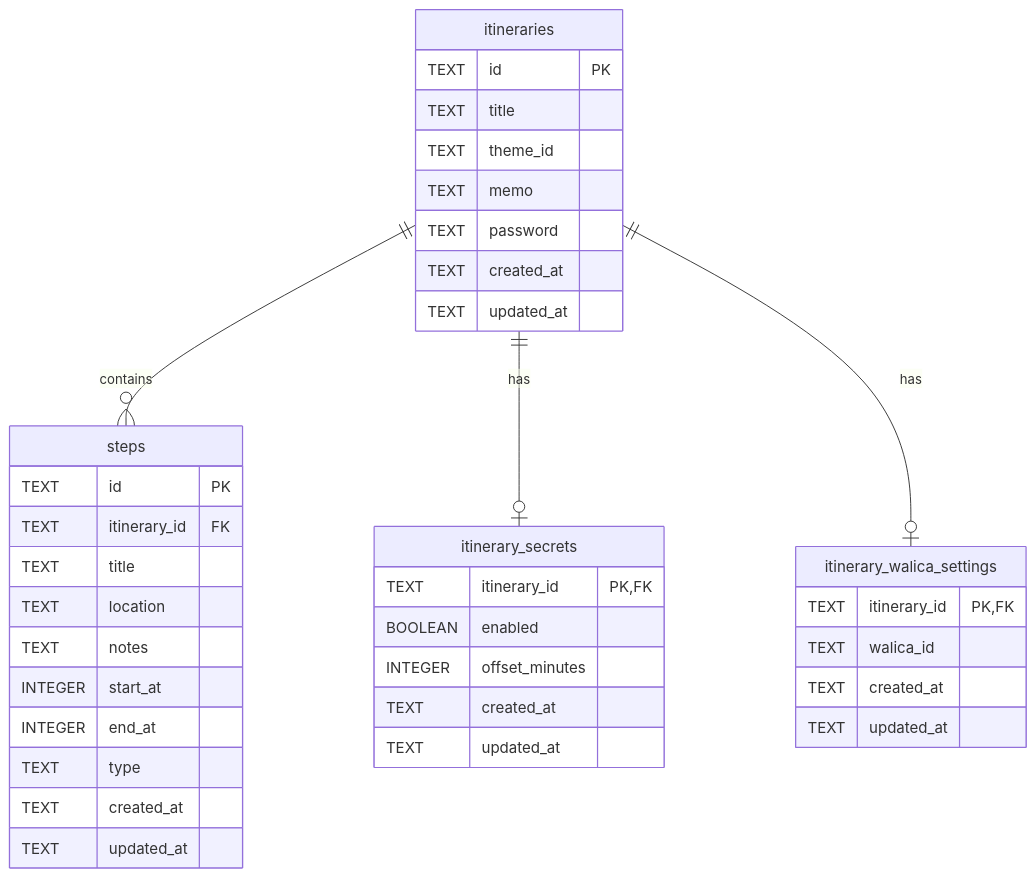
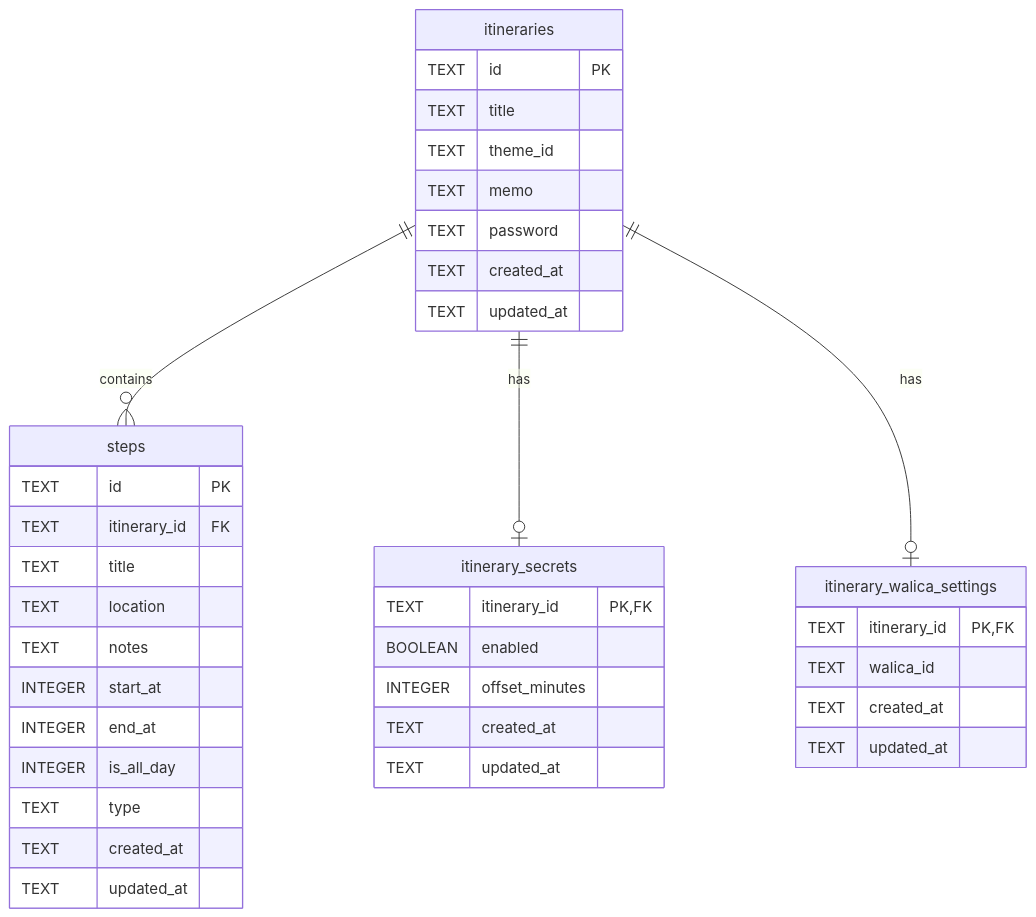
One commit to soranjiro/tabitabi changed the diagram in docs/developer/database.md. Above: the diagram before and after it, drawn with Mermaid.

Commit message:
fix: Add is_all_day column to steps table for improved scheduling flexibility

````diff
--- a/docs/developer/database.md
+++ b/docs/developer/database.md
@@ -9,44 +9,45 @@
 ```mermaid
 erDiagram
     itineraries ||--o{ steps : contains
     itineraries ||--o| itinerary_secrets : has
     itineraries ||--o| itinerary_walica_settings : has
 
     itineraries {
         TEXT id PK
         TEXT title
         TEXT theme_id
         TEXT memo
         TEXT password
         TEXT created_at
         TEXT updated_at
     }
 
     itinerary_secrets {
         TEXT itinerary_id PK, FK
         BOOLEAN enabled
         INTEGER offset_minutes
         TEXT created_at
         TEXT updated_at
     }
 
     itinerary_walica_settings {
         TEXT itinerary_id PK, FK
         TEXT walica_id
         TEXT created_at
         TEXT updated_at
     }
 
     steps {
         TEXT id PK
         TEXT itinerary_id FK
         TEXT title
         TEXT location
         TEXT notes
         INTEGER start_at
         INTEGER end_at
+        INTEGER is_all_day
         TEXT type
         TEXT created_at
         TEXT updated_at
     }
 ```
````
